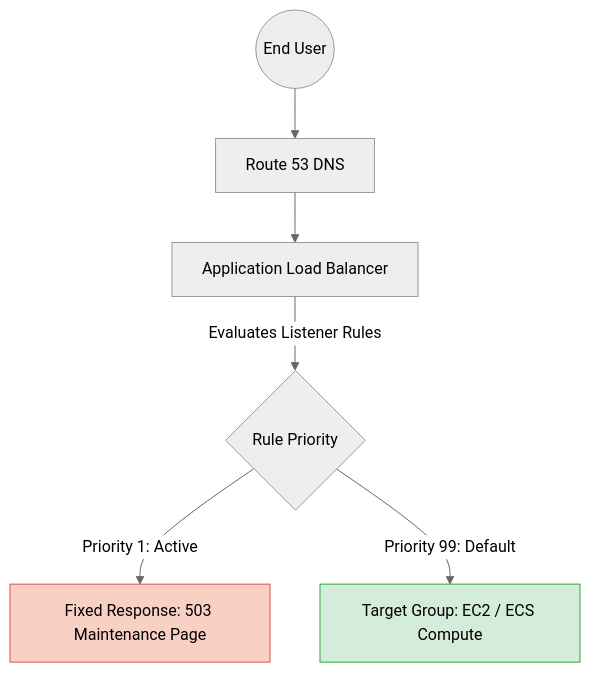
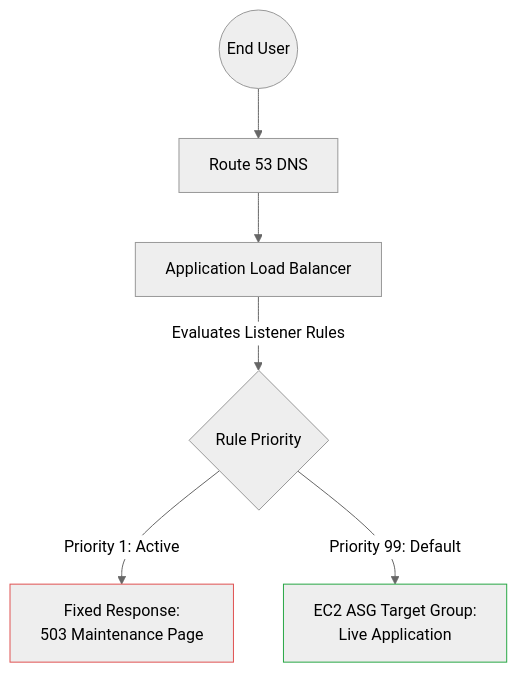
One commit to DeanKellham/cloud-architecture-portfolio changed the diagram in adrs/CQ-0002-alb-maintenance-routing[redacted].md. Above: the diagram before and after it, drawn with Mermaid (neutral theme).

Commit message:
mermaid tweaks

`````diff
--- a/adrs/CQ-0002-alb-maintenance-routing[redacted].md
+++ b/adrs/CQ-0002-alb-maintenance-routing[redacted].md
@@ -33,13 +33,13 @@
 ```mermaid
 graph TD
     User((End User)) --> R53[Route 53 DNS]
     R53 --> ALB[Application Load Balancer]
     
     ALB --> |Evaluates Listener Rules| Rules{Rule Priority}
     
-    Rules -->|Priority 1: Active| Maint[Fixed Response: 503 Maintenance Page]
-    Rules -->|Priority 99: Default| App[Target Group: EC2 / ECS Compute]
+    Rules -->|Priority 1: Active| Maint[Fixed Response:<br>503 Maintenance Page]
+    Rules -->|Priority 99: Default| App[EC2 ASG Target Group:<br>Live Application]
     
-    style Maint fill:#f9d0c4,stroke:#e05252
-    style App fill:#d4edda,stroke:#28a745
+    style Maint stroke:#e05252
+    style App stroke:#28a745
 ````
`````
